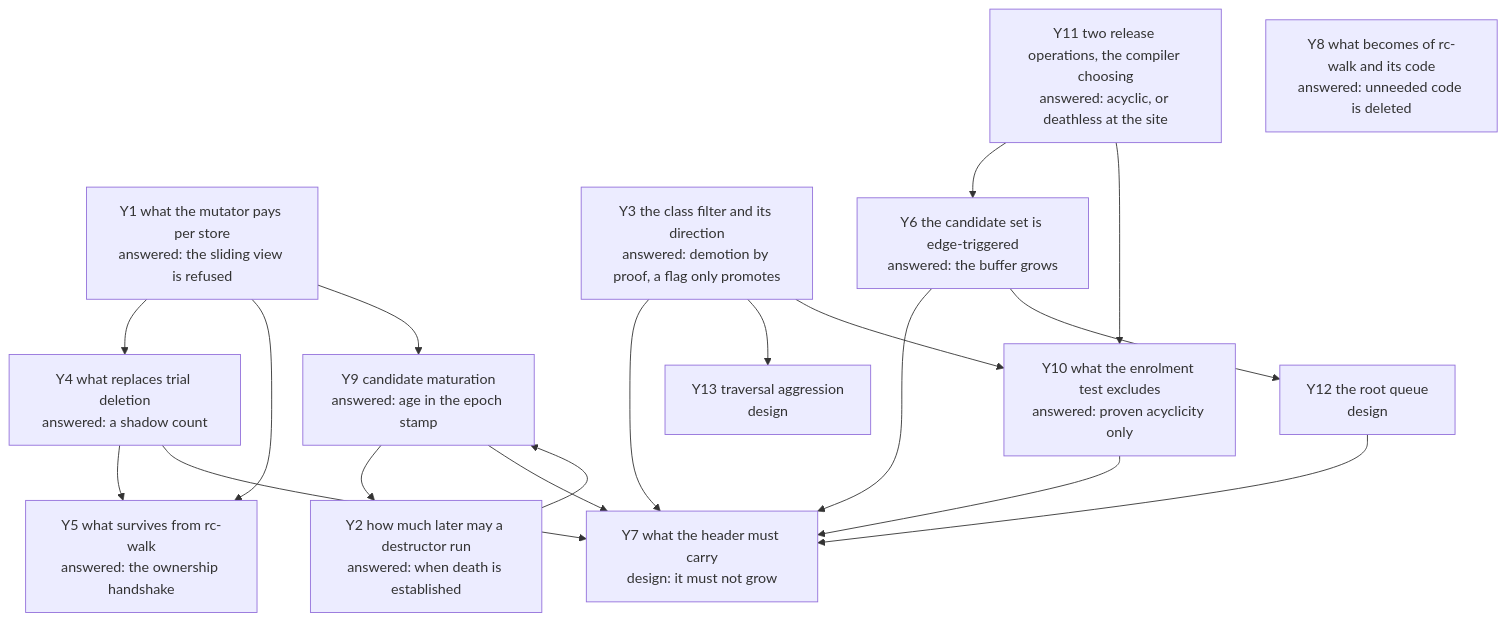
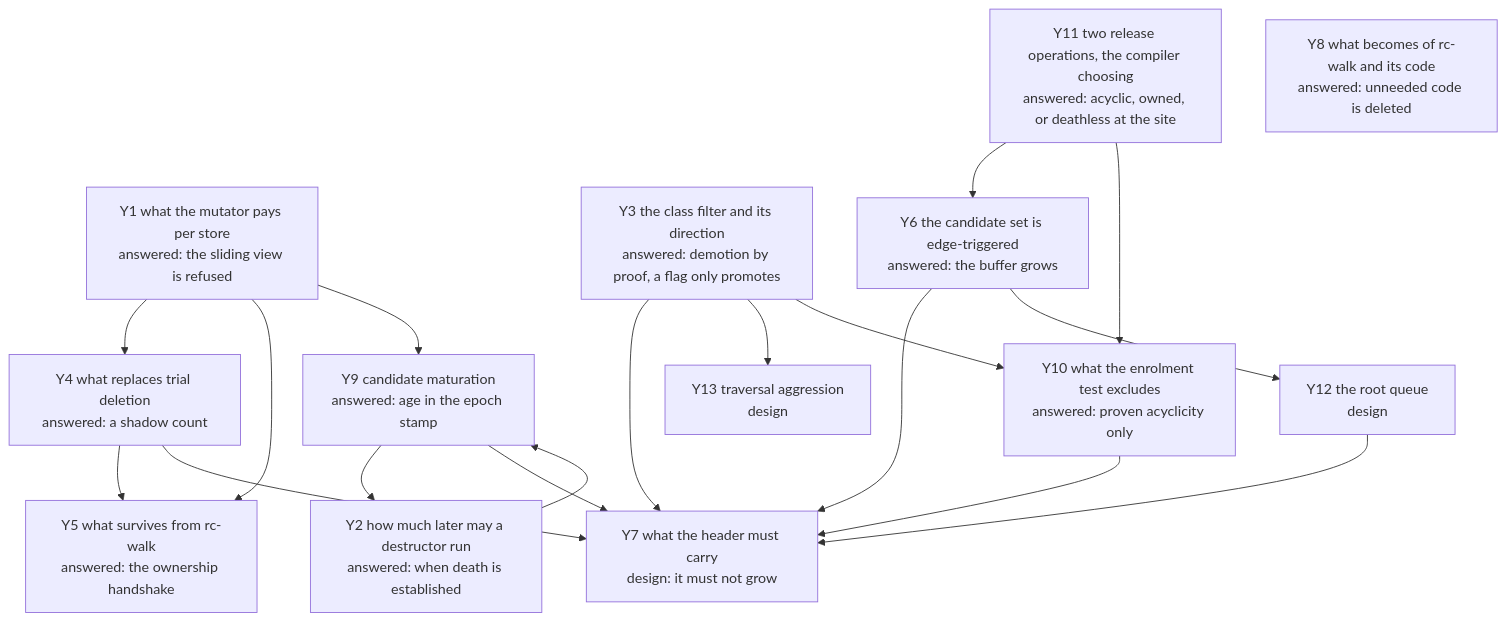
The diagram in model/gc/cycle/questions.md (limelight-lang/rfc), drawn with Mermaid before and after one commit. The commit also changed other lines of this file and 2 other files, not shown here.

Commit message:
model: a proven-owned entity never enters the roots, and the same proof elides the pair

````diff
--- a/model/gc/cycle/questions.md
+++ b/model/gc/cycle/questions.md
@@ -15,17 +15,17 @@
 ```mermaid
 flowchart TD
     Y1[Y1 what the mutator pays per store<br/>answered: the sliding view is refused] --> Y4 & Y5 & Y9
     Y2[Y2 how much later may a destructor run<br/>answered: when death is established] --> Y9
     Y3[Y3 the class filter and its direction<br/>answered: demotion by proof, a flag only promotes] --> Y7 & Y13
     Y4[Y4 what replaces trial deletion<br/>answered: a shadow count] --> Y5 & Y7
     Y9[Y9 candidate maturation<br/>answered: age in the epoch stamp] --> Y2 & Y7
     Y10[Y10 what the enrolment test excludes<br/>answered: proven acyclicity only] --> Y7
-    Y11[Y11 two release operations, the compiler choosing<br/>answered: acyclic, or deathless at the site] --> Y6 & Y10
+    Y11[Y11 two release operations, the compiler choosing<br/>answered: acyclic, owned, or deathless at the site] --> Y6 & Y10
     Y3 --> Y10
     Y5[Y5 what survives from rc-walk<br/>answered: the ownership handshake]
     Y6[Y6 the candidate set is edge-triggered<br/>answered: the buffer grows] --> Y7 & Y12
     Y7[Y7 what the header must carry<br/>design: it must not grow]
     Y8[Y8 what becomes of rc-walk and its code<br/>answered: unneeded code is deleted]
     Y12[Y12 the root queue<br/>design] --> Y7
     Y13[Y13 traversal aggression<br/>design]
 ```
````
